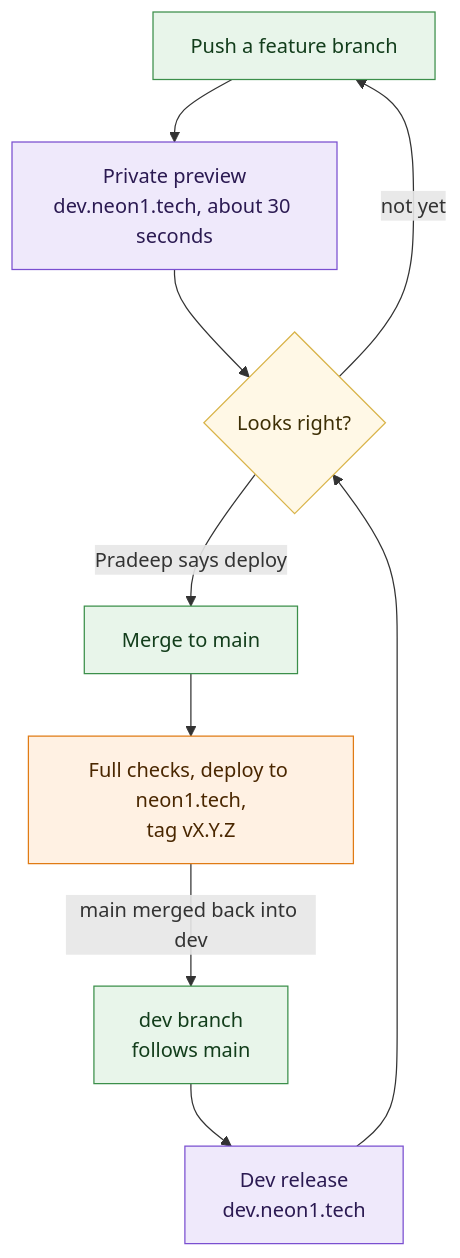
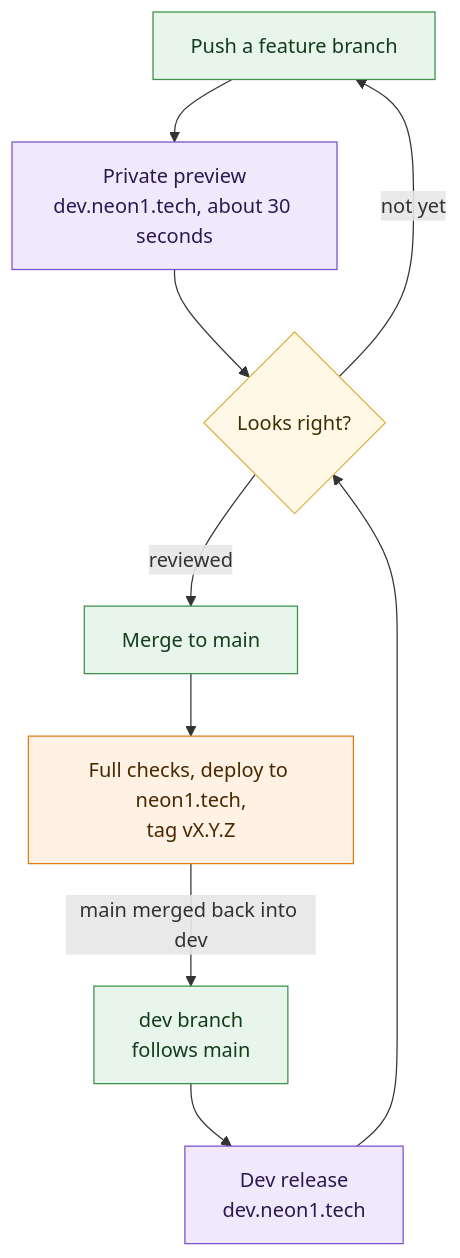
Diagram 11 of 14 in corpus/company/architecture.md (neon1llc/neon1-corpus), drawn with Mermaid before and after one commit. The commit also changed other lines of this file and 8 other files, not shown here.

Commit message:
docs: release review wording, the chat tab named neon1, and release v0.52.0

````diff
--- a/corpus/company/architecture.md
+++ b/corpus/company/architecture.md
@@ -343,17 +343,17 @@
 ```mermaid
-%% alt: Flowchart of the dev to production workflow. A push to any feature branch builds a private preview of that branch on dev.neon1.tech in about 30 seconds. The dev branch, which follows main, is the dev release at dev.neon1.tech. When a batch looks right, Pradeep says deploy, and the work is merged to main. Main runs the full checks, deploys to neon1.tech, and tags vX.Y.Z. After every push to main, main is merged back into the dev branch, so dev always starts from what is live.
+%% alt: Flowchart of the dev to production workflow. A push to any feature branch builds a private preview of that branch on dev.neon1.tech in about 30 seconds. The dev branch, which follows main, is the dev release at dev.neon1.tech. When a batch looks right and has been reviewed, the work is merged to main. Main runs the full checks, deploys to neon1.tech, and tags vX.Y.Z. After every push to main, main is merged back into the dev branch, so dev always starts from what is live.
 flowchart TD
   branch["Push a feature branch"]:::step --> preview["Private preview<br/>dev.neon1.tech, about 30 seconds"]:::dev
   dev["dev branch<br/>follows main"]:::step --> devrel["Dev release<br/>dev.neon1.tech"]:::dev
   preview --> look{"Looks right?"}:::decision
   devrel --> look
   look -->|not yet| branch
-  look -->|"Pradeep says deploy"| main["Merge to main"]:::step
+  look -->|"reviewed"| main["Merge to main"]:::step
   main --> prod["Full checks, deploy to neon1.tech,<br/>tag vX.Y.Z"]:::prod
   prod -->|"main merged back into dev"| dev
 
   classDef step fill:#e8f5ea,stroke:#3b8f4a,color:#123d1b
   classDef dev fill:#efe9fb,stroke:#7a4fd0,color:#2b1a52
   classDef decision fill:#fff8e6,stroke:#d9b44a,color:#3d2f05
   classDef prod fill:#fff1e3,stroke:#e07b14,color:#4a2700
 ```
````
